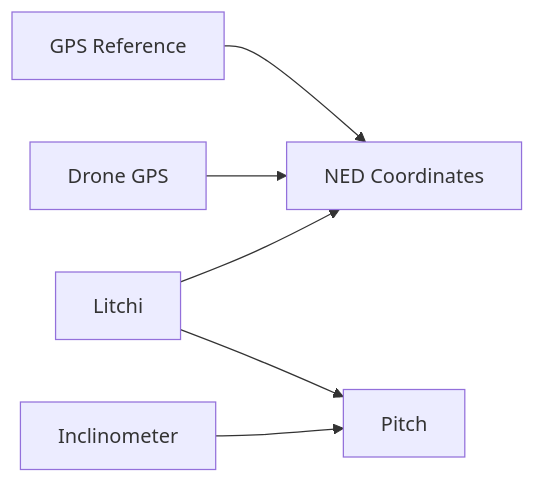
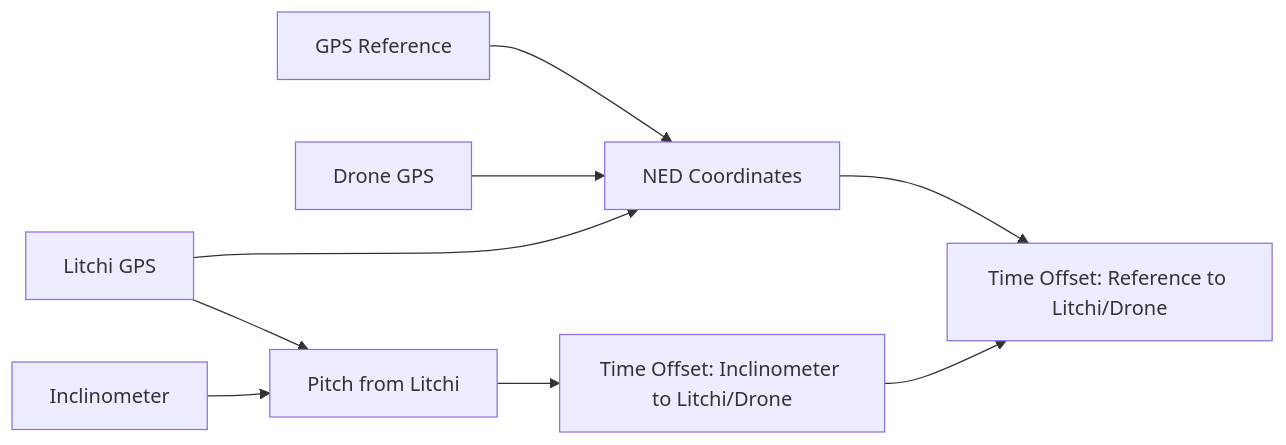
The diagram in docs/user-guide/synchronization.md (POLOCALC/data_loader), drawn with Mermaid before and after one commit. The commit also changed other lines of this file and 45 other files, not shown here.

````diff
--- a/docs/user-guide/synchronization.md
+++ b/docs/user-guide/synchronization.md
@@ -21,8 +21,25 @@
 ```mermaid
 flowchart LR
-    A[GPS Reference] --> S[NED Coordinates] 
-    B[Drone GPS] --> S[NED Coordinates]
-    C[Litchi] --> S[NED Coordinates]
-    C --> P[Pitch]
+	A[GPS Reference]
+    A --> S[NED Coordinates]
+
+    B[Drone GPS]
+    C[Litchi GPS]
+
+    B --> S
+    C --> S
+   
+
+    %% Vertical ordering: Drone above Litchi
+    B
+    C
+
+    S --> O1[Time Offset: Reference to Litchi/Drone]
+
+    C --> P[Pitch from Litchi]
     D[Inclinometer] --> P
+
+    P --> O2[Time Offset: Inclinometer to Litchi/Drone]
+
+    O2 --> O1
 ```
````
